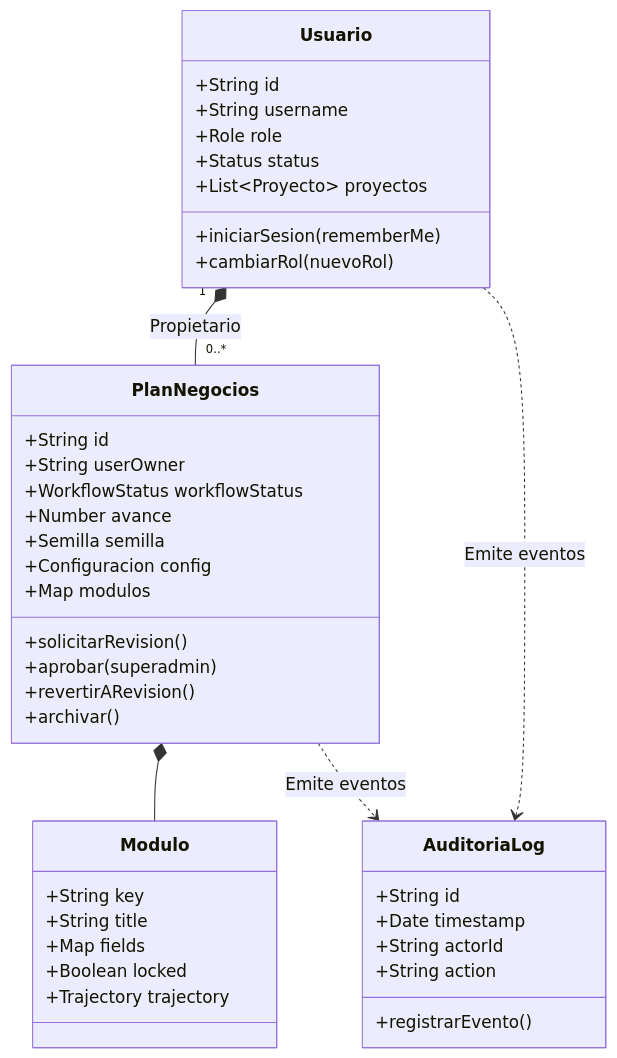
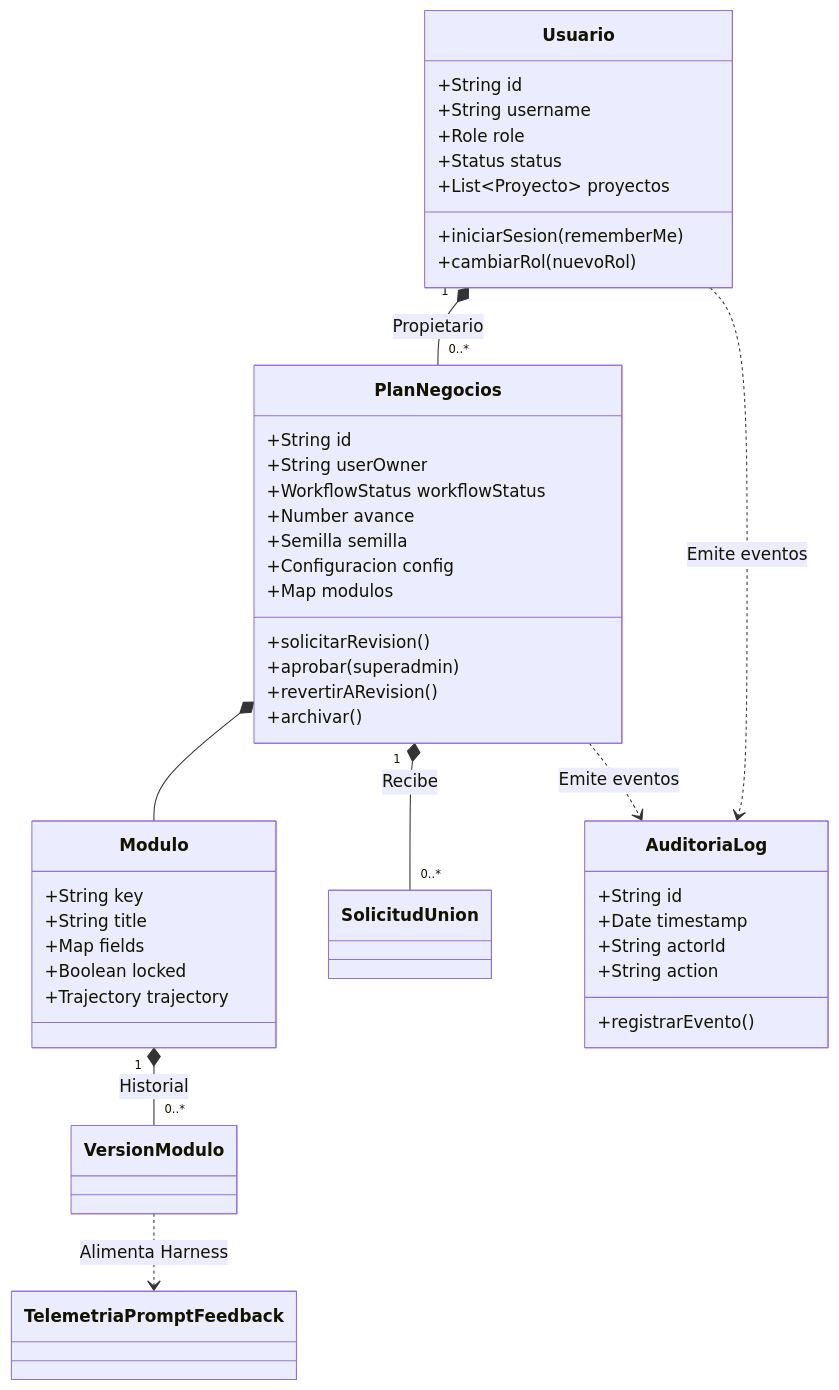
One commit to FondoThothAC/open-business-plan changed the diagram in Documentos IA DD/DDD_MASTER.md. Above: the diagram before and after it, drawn with Mermaid. The commit also changed other lines of this file and 16 other files, not shown here.

````diff
--- a/Documentos IA DD/DDD_MASTER.md
+++ b/Documentos IA DD/DDD_MASTER.md
@@ -33,44 +33,47 @@
 ```mermaid
 classDiagram
     class Usuario {
         +String id
         +String username
         +Role role
         +Status status
         +List~Proyecto~ proyectos
         +iniciarSesion(rememberMe)
         +cambiarRol(nuevoRol)
     }
     class PlanNegocios {
         +String id
         +String userOwner
         +WorkflowStatus workflowStatus
         +Number avance
         +Semilla semilla
         +Configuracion config
         +Map modulos
         +solicitarRevision()
         +aprobar(superadmin)
         +revertirARevision()
         +archivar()
     }
     class Modulo {
         +String key
         +String title
         +Map fields
         +Boolean locked
         +Trajectory trajectory
     }
     class AuditoriaLog {
         +String id
         +Date timestamp
         +String actorId
         +String action
         +registrarEvento()
     }
 
     Usuario "1" *-- "0..*" PlanNegocios : Propietario
     PlanNegocios *-- Modulo
+    PlanNegocios "1" *-- "0..*" SolicitudUnion : Recibe
+    Modulo "1" *-- "0..*" VersionModulo : Historial
+    VersionModulo ..> TelemetriaPromptFeedback : Alimenta Harness
     PlanNegocios ..> AuditoriaLog : Emite eventos
     Usuario ..> AuditoriaLog : Emite eventos
 ```
````
